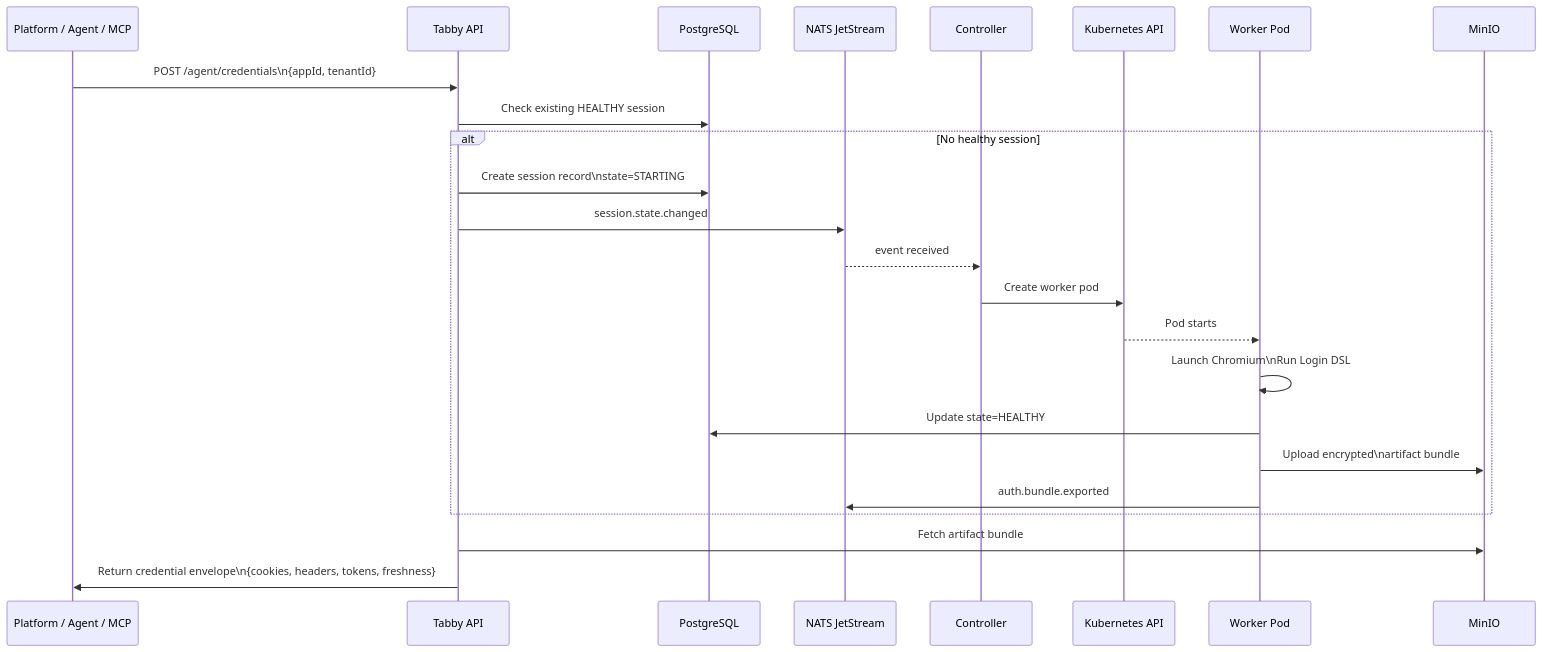
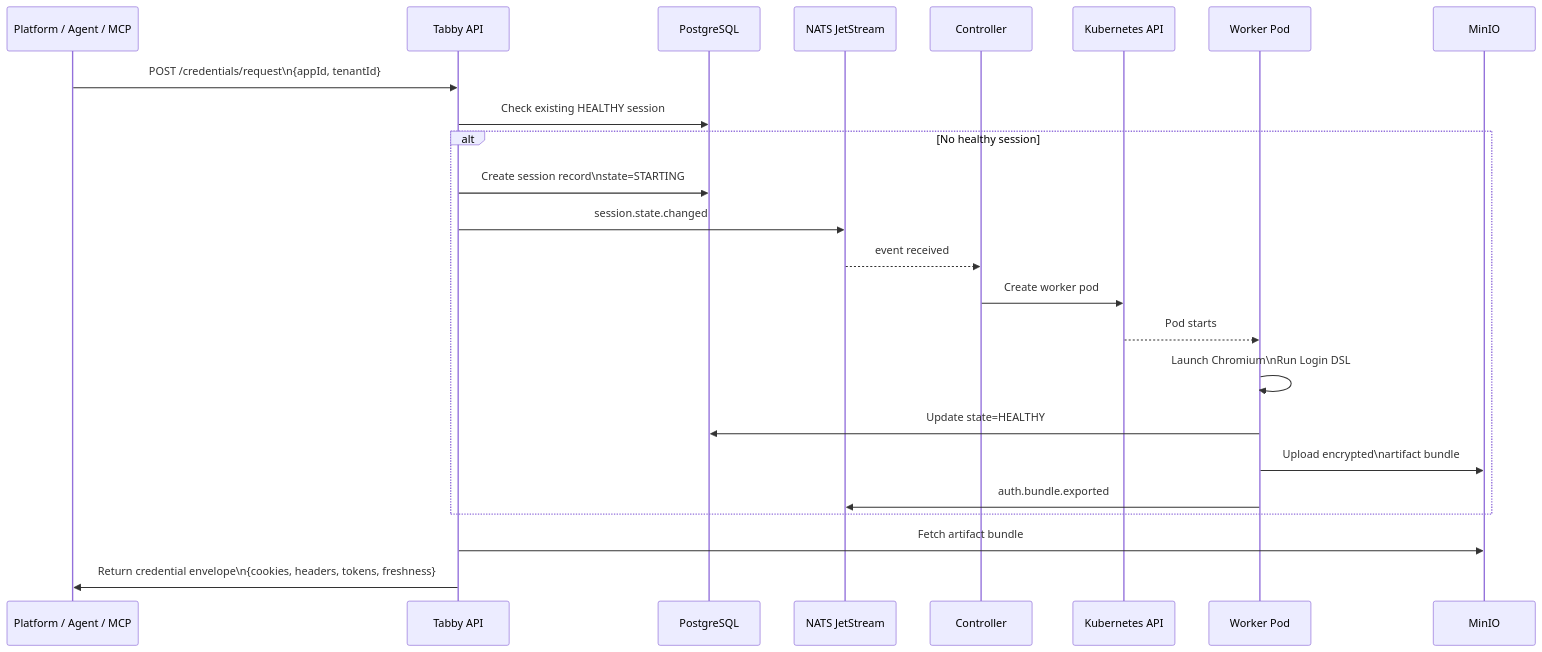
One commit to adoptai/tabby changed the second of 10 diagrams in docs/architecture.md. Above: the diagram before and after it, drawn with Mermaid. The commit also changed 1 other file, not shown here.

Commit message:
chore: update CLAUDE.md and architecture.md
- Add VNC OAuth gate gotcha to CLAUDE.md (PR #56)
- Fix POST /agent/credentials → POST /credentials/request in architecture.md data flow diagram

````diff
--- a/docs/architecture.md
+++ b/docs/architecture.md
@@ -109,26 +109,26 @@
 ```mermaid
 sequenceDiagram
     participant Platform as Platform / Agent / MCP
     participant API as Tabby API
     participant PG as PostgreSQL
     participant NATS as NATS JetStream
     participant Controller as Controller
     participant K8s as Kubernetes API
     participant Worker as Worker Pod
 
-    Platform->>API: POST /agent/credentials\n{appId, tenantId}
+    Platform->>API: POST /credentials/request\n{appId, tenantId}
     API->>PG: Check existing HEALTHY session
     alt No healthy session
         API->>PG: Create session record\nstate=STARTING
         API->>NATS: session.state.changed
         NATS-->>Controller: event received
         Controller->>K8s: Create worker pod
         K8s-->>Worker: Pod starts
         Worker->>Worker: Launch Chromium\nRun Login DSL
         Worker->>PG: Update state=HEALTHY
         Worker->>MinIO: Upload encrypted\nartifact bundle
         Worker->>NATS: auth.bundle.exported
     end
     API->>MinIO: Fetch artifact bundle
     API->>Platform: Return credential envelope\n{cookies, headers, tokens, freshness}
 ```
````
